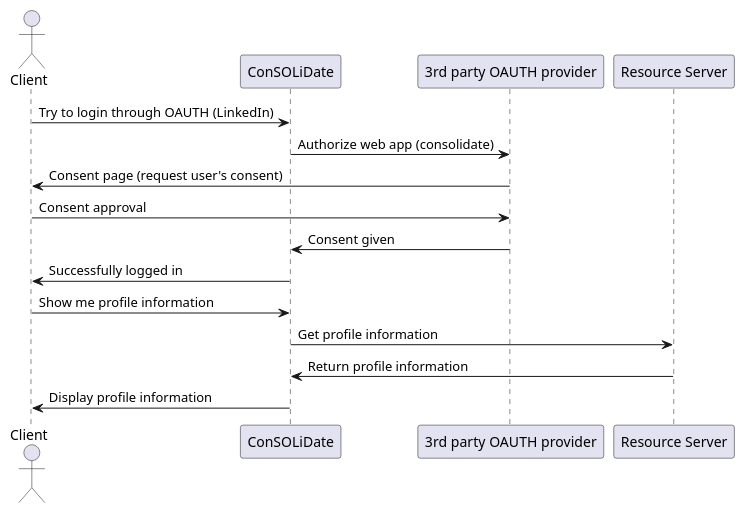
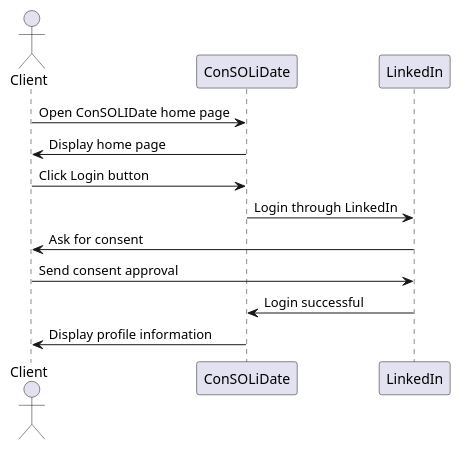
One commit to coursework-for-arch-patterns-24/linkedin-task changed the diagram in Diagrams/business_diagram.puml. Above: the diagram before and after it, drawn with PlantUML. The commit also changed 33 other files, not shown here.

```diff
--- a/Diagrams/business_diagram.puml
+++ b/Diagrams/business_diagram.puml
@@ -1,23 +1,20 @@
 @startuml
 
 
 actor Client
 participant "ConSOLiDate" as consolidate
-participant "3rd party OAUTH provider" as OauthServer
-participant "Resource Server" as ResourceServer
+participant "LinkedIn" as ResourceServer
 
-Client -> consolidate: Try to login through OAUTH (LinkedIn)
-consolidate -> OauthServer: Authorize web app (consolidate)
+Client -> consolidate: Open ConSOLIDate home page
+consolidate -> Client: Display home page
 
-OauthServer -> Client: Consent page (request user's consent)
-Client -> OauthServer: Consent approval
-OauthServer -> consolidate: Consent given
-consolidate -> Client: Successfully logged in
+Client -> consolidate: Click Login button
+consolidate -> ResourceServer: Login through LinkedIn
+ResourceServer -> Client: Ask for consent
+Client -> ResourceServer: Send consent approval
 
-Client -> consolidate: Show me profile information
-consolidate -> ResourceServer: Get profile information
-ResourceServer -> consolidate: Return profile information
+ResourceServer -> consolidate: Login successful
 consolidate -> Client: Display profile information
 
 
 @enduml
```
